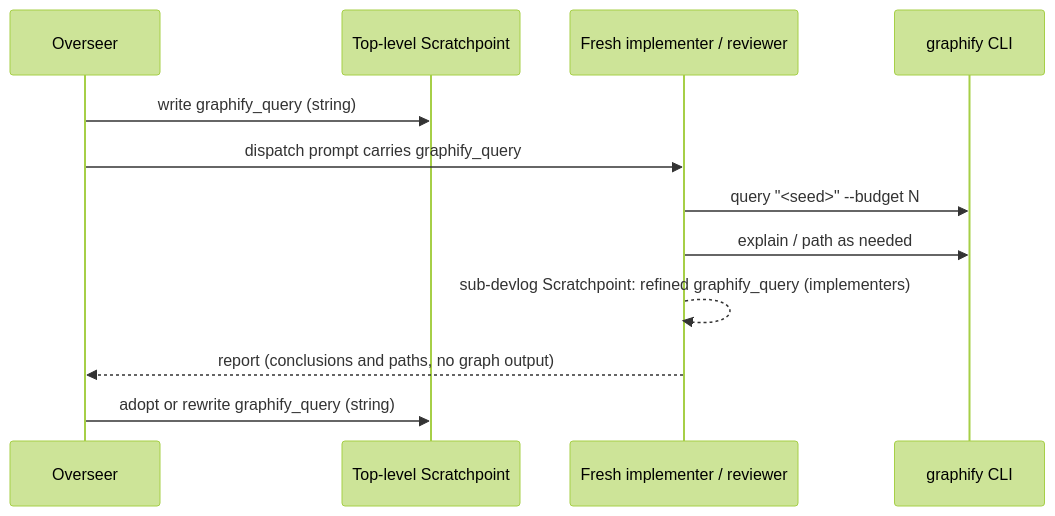
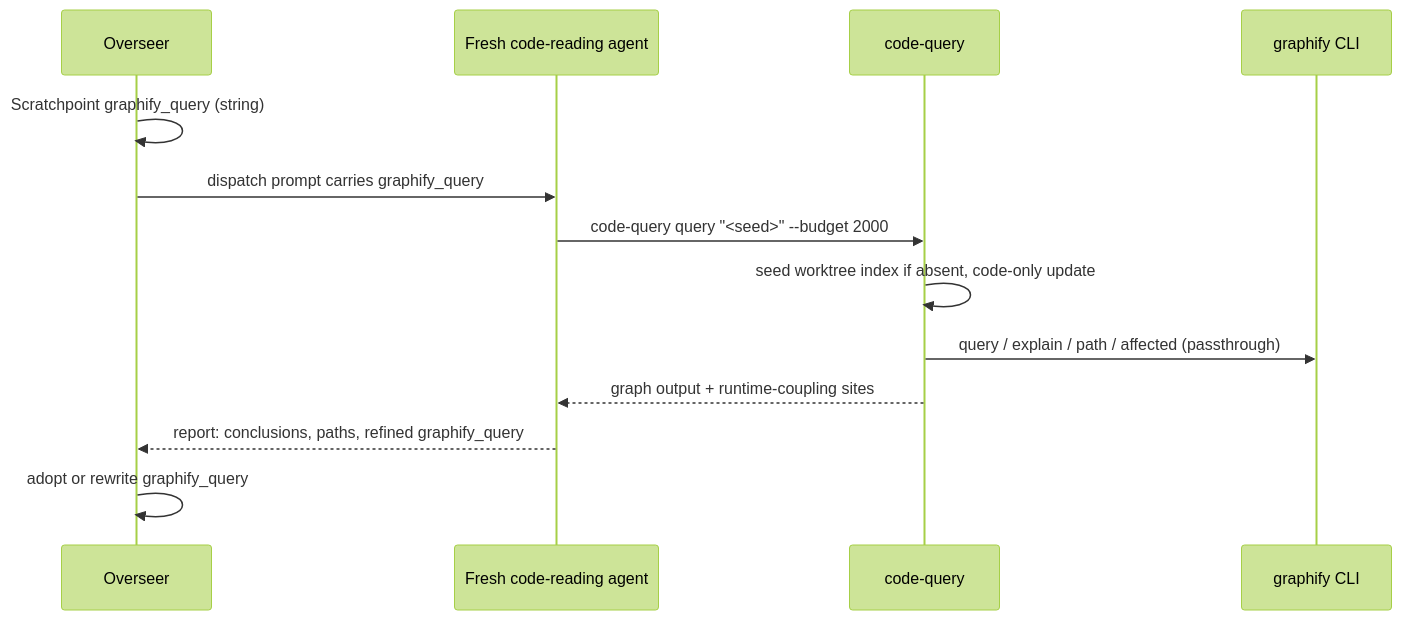
Before and after one commit to weftwiseink/clauthier: the diagram in cdocs/proposals/2026-10-08-graphify-overhaul.md, drawn with Mermaid (forest theme). The commit also changed other lines of this file, not shown here.

First line of the commit message:
docs(cdocs): revise graphify overhaul: thin code-query wrapper, per-worktree indexes, cdocs/ exclusion

````diff
--- a/cdocs/proposals/2026-10-08-graphify-overhaul.md
+++ b/cdocs/proposals/2026-10-08-graphify-overhaul.md
@@ -67,14 +79,15 @@
 ```mermaid
 sequenceDiagram
     participant O as Overseer
-    participant D as Top-level Scratchpoint
-    participant F as Fresh implementer / reviewer
+    participant F as Fresh code-reading agent
+    participant C as code-query
     participant G as graphify CLI
-    O->>D: write graphify_query (string)
+    O->>O: Scratchpoint graphify_query (string)
     O->>F: dispatch prompt carries graphify_query
-    F->>G: query "<seed>" --budget N
-    F->>G: explain / path as needed
-    F-->>F: sub-devlog Scratchpoint: refined graphify_query (implementers)
-    F-->>O: report (conclusions and paths, no graph output)
-    O->>D: adopt or rewrite graphify_query (string)
+    F->>C: code-query query "<seed>" --budget 2000
+    C->>C: seed worktree index if absent, code-only update
+    C->>G: query / explain / path / affected (passthrough)
+    C-->>F: graph output + runtime-coupling sites
+    F-->>O: report: conclusions, paths, refined graphify_query
+    O->>O: adopt or rewrite graphify_query
 ```
````
